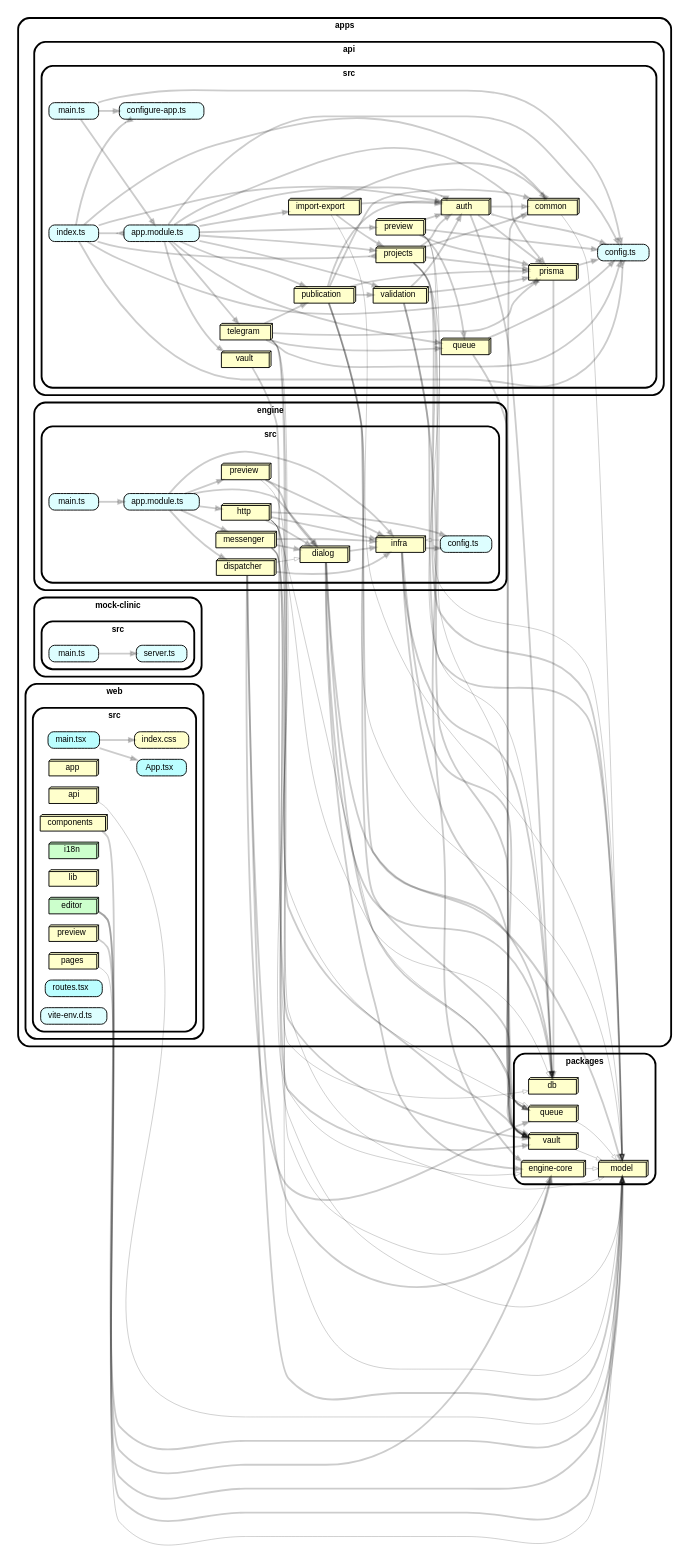
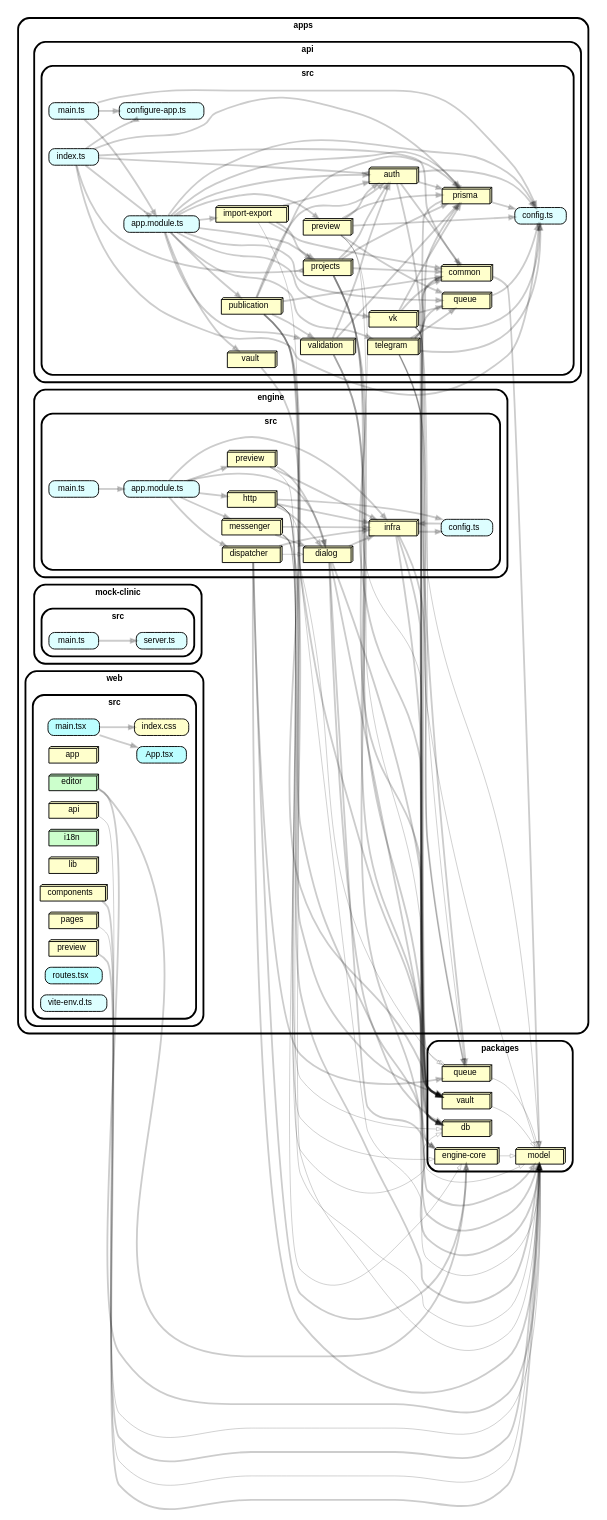
Before and after one commit to Denmurzik/chatbot-builder: the diagram in docs/architecture/modules.dot, drawn with Graphviz. The commit also changed 16 other files, not shown here.

```diff
--- a/docs/architecture/modules.dot
+++ b/docs/architecture/modules.dot
@@ -15,20 +15,21 @@
     "apps/api/src/app.module.ts" -> "apps/api/src/telegram"
     "apps/api/src/app.module.ts" -> "apps/api/src/validation"
     "apps/api/src/app.module.ts" -> "apps/api/src/vault"
+    "apps/api/src/app.module.ts" -> "apps/api/src/vk"
     subgraph "cluster_apps" {label="apps" subgraph "cluster_apps/api" {label="api" subgraph "cluster_apps/api/src" {label="src" "apps/api/src/auth" [label=<auth> tooltip="auth" URL="apps/api/src/auth" shape="box3d"] } } }
     "apps/api/src/auth" -> "apps/api/src/config.ts"
     "apps/api/src/auth" -> "apps/api/src/common"
     "apps/api/src/auth" -> "apps/api/src/prisma"
     "apps/api/src/auth" -> "packages/db"
     subgraph "cluster_apps" {label="apps" subgraph "cluster_apps/api" {label="api" subgraph "cluster_apps/api/src" {label="src" "apps/api/src/common" [label=<common> tooltip="common" URL="apps/api/src/common" shape="box3d"] } } }
-    "apps/api/src/common" -> "packages/model" [arrowhead="onormal" penwidth="1.0"]
+    "apps/api/src/common" -> "packages/model"
     "apps/api/src/common" -> "packages/vault"
     subgraph "cluster_apps" {label="apps" subgraph "cluster_apps/api" {label="api" subgraph "cluster_apps/api/src" {label="src" "apps/api/src/config.ts" [label=<config.ts> tooltip="config.ts" URL="apps/api/src/config.ts" fillcolor="#ddfeff"] } } }
     subgraph "cluster_apps" {label="apps" subgraph "cluster_apps/api" {label="api" subgraph "cluster_apps/api/src" {label="src" "apps/api/src/configure-app.ts" [label=<configure-app.ts> tooltip="configure-app.ts" URL="apps/api/src/configure-app.ts" fillcolor="#ddfeff"] } } }
     subgraph "cluster_apps" {label="apps" subgraph "cluster_apps/api" {label="api" subgraph "cluster_apps/api/src" {label="src" "apps/api/src/import-export" [label=<import-export> tooltip="import-export" URL="apps/api/src/import-export" shape="box3d"] } } }
     "apps/api/src/import-export" -> "apps/api/src/auth"
+    "apps/api/src/import-export" -> "apps/api/src/common"
     "apps/api/src/import-export" -> "apps/api/src/projects"
-    "apps/api/src/import-export" -> "apps/api/src/common"
     "apps/api/src/import-export" -> "packages/model" [arrowhead="onormal" penwidth="1.0"]
     subgraph "cluster_apps" {label="apps" subgraph "cluster_apps/api" {label="api" subgraph "cluster_apps/api/src" {label="src" "apps/api/src/index.ts" [label=<index.ts> tooltip="index.ts" URL="apps/api/src/index.ts" fillcolor="#ddfeff"] } } }
     "apps/api/src/index.ts" -> "apps/api/src/app.module.ts" [arrowhead="inv"]
@@ -53,25 +54,25 @@
     "apps/api/src/prisma" -> "apps/api/src/config.ts"
     "apps/api/src/prisma" -> "packages/db"
     subgraph "cluster_apps" {label="apps" subgraph "cluster_apps/api" {label="api" subgraph "cluster_apps/api/src" {label="src" "apps/api/src/projects" [label=<projects> tooltip="projects" URL="apps/api/src/projects" shape="box3d"] } } }
+    "apps/api/src/projects" -> "apps/api/src/common"
+    "apps/api/src/projects" -> "apps/api/src/prisma"
+    "apps/api/src/projects" -> "packages/db"
+    "apps/api/src/projects" -> "packages/model"
+    "apps/api/src/projects" -> "packages/vault"
     "apps/api/src/projects" -> "apps/api/src/auth"
-    "apps/api/src/projects" -> "apps/api/src/common"
-    "apps/api/src/projects" -> "packages/model"
-    "apps/api/src/projects" -> "apps/api/src/prisma"
-    "apps/api/src/projects" -> "packages/db" [arrowhead="onormal" penwidth="1.0"]
-    "apps/api/src/projects" -> "packages/vault"
     subgraph "cluster_apps" {label="apps" subgraph "cluster_apps/api" {label="api" subgraph "cluster_apps/api/src" {label="src" "apps/api/src/publication" [label=<publication> tooltip="publication" URL="apps/api/src/publication" shape="box3d"] } } }
     "apps/api/src/publication" -> "apps/api/src/auth"
     "apps/api/src/publication" -> "apps/api/src/common"
     "apps/api/src/publication" -> "apps/api/src/validation"
     "apps/api/src/publication" -> "apps/api/src/prisma"
     "apps/api/src/publication" -> "packages/db"
-    "apps/api/src/publication" -> "packages/model" [arrowhead="onormal" penwidth="1.0"]
+    "apps/api/src/publication" -> "packages/model"
     "apps/api/src/publication" -> "packages/vault"
     subgraph "cluster_apps" {label="apps" subgraph "cluster_apps/api" {label="api" subgraph "cluster_apps/api/src" {label="src" "apps/api/src/queue" [label=<queue> tooltip="queue" URL="apps/api/src/queue" shape="box3d"] } } }
     "apps/api/src/queue" -> "apps/api/src/config.ts"
     "apps/api/src/queue" -> "packages/queue"
     subgraph "cluster_apps" {label="apps" subgraph "cluster_apps/api" {label="api" subgraph "cluster_apps/api/src" {label="src" "apps/api/src/telegram" [label=<telegram> tooltip="telegram" URL="apps/api/src/telegram" shape="box3d"] } } }
-    "apps/api/src/telegram" -> "apps/api/src/publication"
+    "apps/api/src/telegram" -> "apps/api/src/common"
     "apps/api/src/telegram" -> "apps/api/src/prisma"
     "apps/api/src/telegram" -> "apps/api/src/queue"
     "apps/api/src/telegram" -> "packages/queue" [arrowhead="onormal" penwidth="1.0"]
@@ -85,6 +86,14 @@
     "apps/api/src/validation" -> "packages/model"
     subgraph "cluster_apps" {label="apps" subgraph "cluster_apps/api" {label="api" subgraph "cluster_apps/api/src" {label="src" "apps/api/src/vault" [label=<vault> tooltip="vault" URL="apps/api/src/vault" shape="box3d"] } } }
     "apps/api/src/vault" -> "packages/vault"
+    subgraph "cluster_apps" {label="apps" subgraph "cluster_apps/api" {label="api" subgraph "cluster_apps/api/src" {label="src" "apps/api/src/vk" [label=<vk> tooltip="vk" URL="apps/api/src/vk" shape="box3d"] } } }
+    "apps/api/src/vk" -> "apps/api/src/common"
+    "apps/api/src/vk" -> "apps/api/src/config.ts"
+    "apps/api/src/vk" -> "packages/model" [arrowhead="onormal" penwidth="1.0"]
+    "apps/api/src/vk" -> "apps/api/src/prisma"
+    "apps/api/src/vk" -> "apps/api/src/queue"
+    "apps/api/src/vk" -> "packages/queue" [arrowhead="onormal" penwidth="1.0"]
+    "apps/api/src/vk" -> "packages/vault"
     subgraph "cluster_apps" {label="apps" subgraph "cluster_apps/engine" {label="engine" subgraph "cluster_apps/engine/src" {label="src" "apps/engine/src/app.module.ts" [label=<app.module.ts> tooltip="app.module.ts" URL="apps/engine/src/app.module.ts" fillcolor="#ddfeff"] } } }
     "apps/engine/src/app.module.ts" -> "apps/engine/src/dialog"
     "apps/engine/src/app.module.ts" -> "apps/engine/src/dispatcher"
@@ -93,7 +102,7 @@
     "apps/engine/src/app.module.ts" -> "apps/engine/src/messenger"
     "apps/engine/src/app.module.ts" -> "apps/engine/src/preview"
     subgraph "cluster_apps" {label="apps" subgraph "cluster_apps/engine" {label="engine" subgraph "cluster_apps/engine/src" {label="src" "apps/engine/src/config.ts" [label=<config.ts> tooltip="config.ts" URL="apps/engine/src/config.ts" fillcolor="#ddfeff"] } } }
-    "apps/engine/src/config.ts" -> "apps/engine/src/infra" [arrowhead="onormal" penwidth="1.0"]
+    "apps/engine/src/config.ts" -> "apps/engine/src/infra"
     subgraph "cluster_apps" {label="apps" subgraph "cluster_apps/engine" {label="engine" subgraph "cluster_apps/engine/src" {label="src" "apps/engine/src/dialog" [label=<dialog> tooltip="dialog" URL="apps/engine/src/dialog" shape="box3d"] } } }
     "apps/engine/src/dialog" -> "packages/engine-core"
     "apps/engine/src/dialog" -> "packages/db"
@@ -123,9 +132,9 @@
     "apps/engine/src/main.ts" -> "apps/engine/src/app.module.ts"
     subgraph "cluster_apps" {label="apps" subgraph "cluster_apps/engine" {label="engine" subgraph "cluster_apps/engine/src" {label="src" "apps/engine/src/messenger" [label=<messenger> tooltip="messenger" URL="apps/engine/src/messenger" shape="box3d"] } } }
     "apps/engine/src/messenger" -> "apps/engine/src/dialog"
+    "apps/engine/src/messenger" -> "packages/engine-core" [arrowhead="onormal" penwidth="1.0"]
     "apps/engine/src/messenger" -> "apps/engine/src/infra"
     "apps/engine/src/messenger" -> "packages/db" [arrowhead="onormal" penwidth="1.0"]
-    "apps/engine/src/messenger" -> "packages/engine-core" [arrowhead="onormal" penwidth="1.0"]
     "apps/engine/src/messenger" -> "packages/vault"
     subgraph "cluster_apps" {label="apps" subgraph "cluster_apps/engine" {label="engine" subgraph "cluster_apps/engine/src" {label="src" "apps/engine/src/preview" [label=<preview> tooltip="preview" URL="apps/engine/src/preview" shape="box3d"] } } }
     "apps/engine/src/preview" -> "apps/engine/src/dialog"
```
